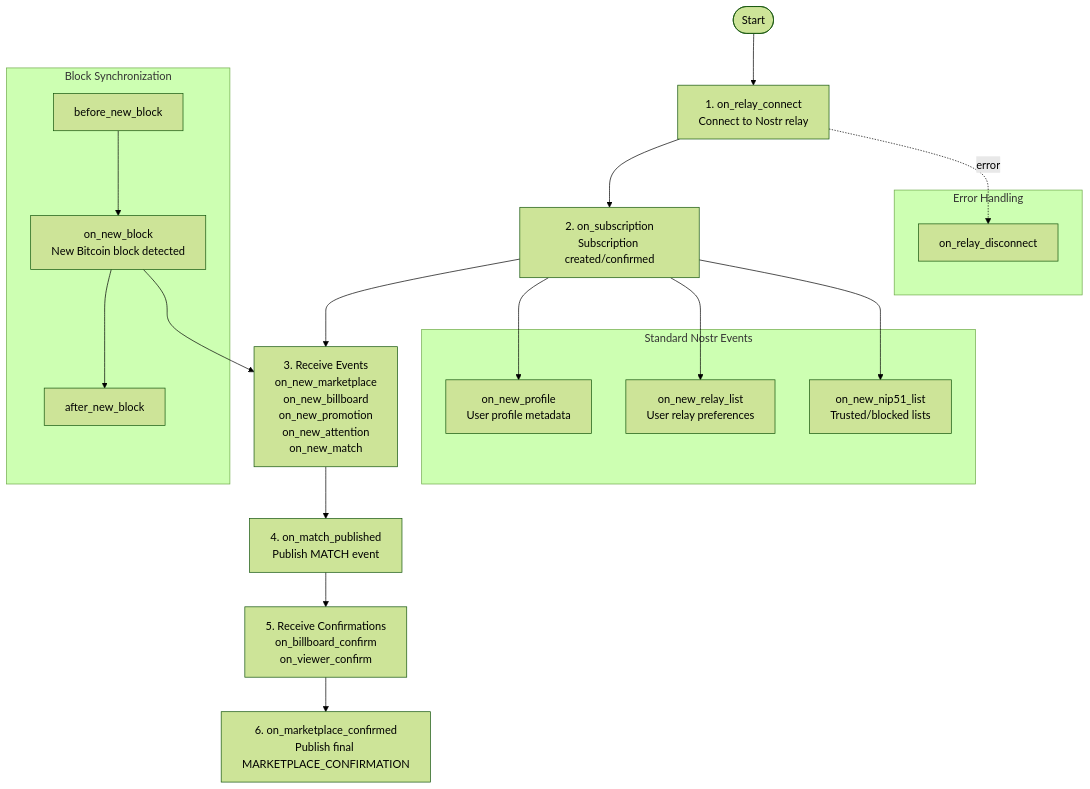
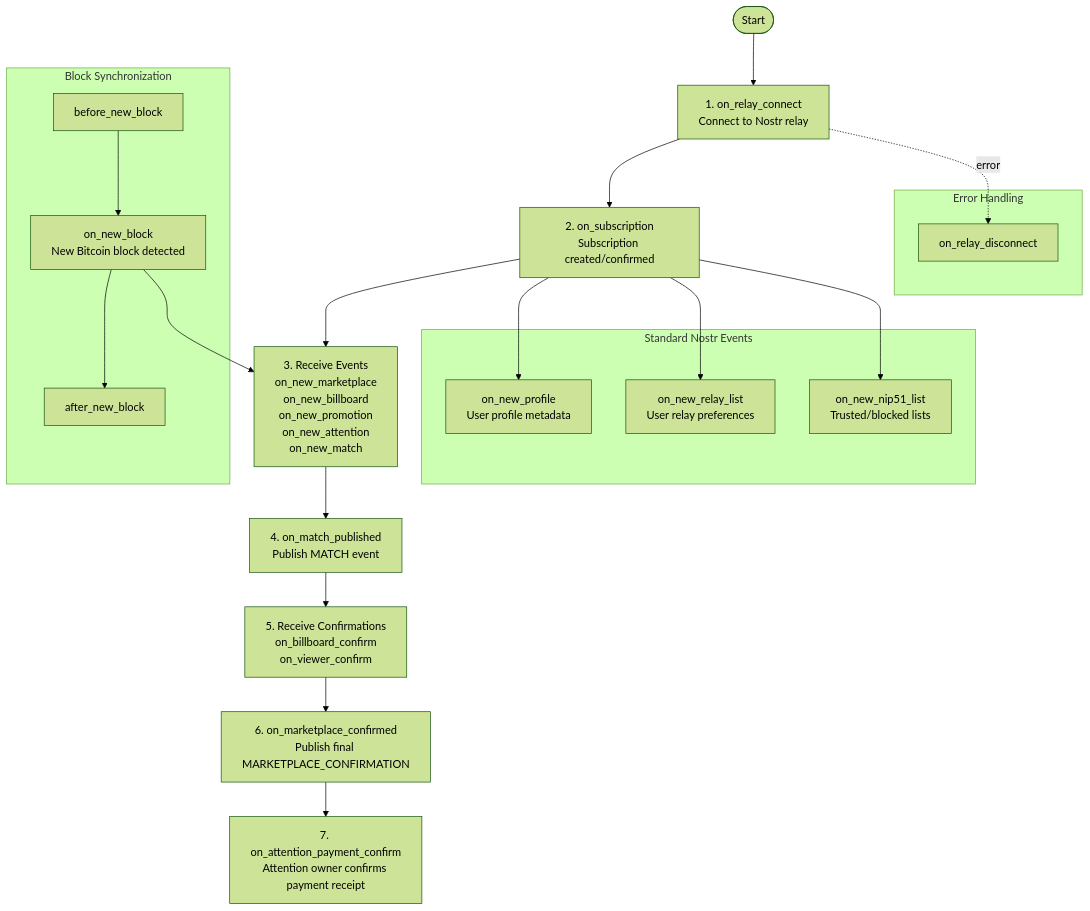
The diagram in packages/framework/docs/HOOKS.md (joinnextblock/attn-protocol), drawn with Mermaid (forest theme) before and after one commit. The commit also changed other lines of this file and 17 other files, not shown here.

First line of the commit message:
feat: add ATTENTION_PAYMENT_CONFIRMATION event (kind 38988)

````diff
--- a/packages/framework/docs/HOOKS.md
+++ b/packages/framework/docs/HOOKS.md
@@ -7,32 +7,33 @@
 ```mermaid
 graph TD
     Start([Start]) --> relay_connect[1. on_relay_connect<br/>Connect to Nostr relay]
     relay_connect --> subscription[2. on_subscription<br/>Subscription created/confirmed]
     subscription --> receive_events[3. Receive Events<br/>on_new_marketplace<br/>on_new_billboard<br/>on_new_promotion<br/>on_new_attention<br/>on_new_match]
     receive_events --> match[4. on_match_published<br/>Publish MATCH event]
     match --> confirmations[5. Receive Confirmations<br/>on_billboard_confirm<br/>on_viewer_confirm]
     confirmations --> final[6. on_marketplace_confirmed<br/>Publish final MARKETPLACE_CONFIRMATION]
+    final --> payment[7. on_attention_payment_confirm<br/>Attention owner confirms payment receipt]
 
     subgraph Block Synchronization
         block_before[before_new_block]
         block_finalized[on_new_block<br/>New Bitcoin block detected]
         block_after[after_new_block]
     end
     block_before --> block_finalized --> block_after
     block_finalized --> receive_events
 
     subgraph Standard Nostr Events
         profile[on_new_profile<br/>User profile metadata]
         relay_list[on_new_relay_list<br/>User relay preferences]
         nip51_list[on_new_nip51_list<br/>Trusted/blocked lists]
     end
     subscription --> profile
     subscription --> relay_list
     subscription --> nip51_list
 
     subgraph Error Handling
         relay_disconnect[on_relay_disconnect]
     end
 
     relay_connect -.->|error| relay_disconnect
 ```
````
